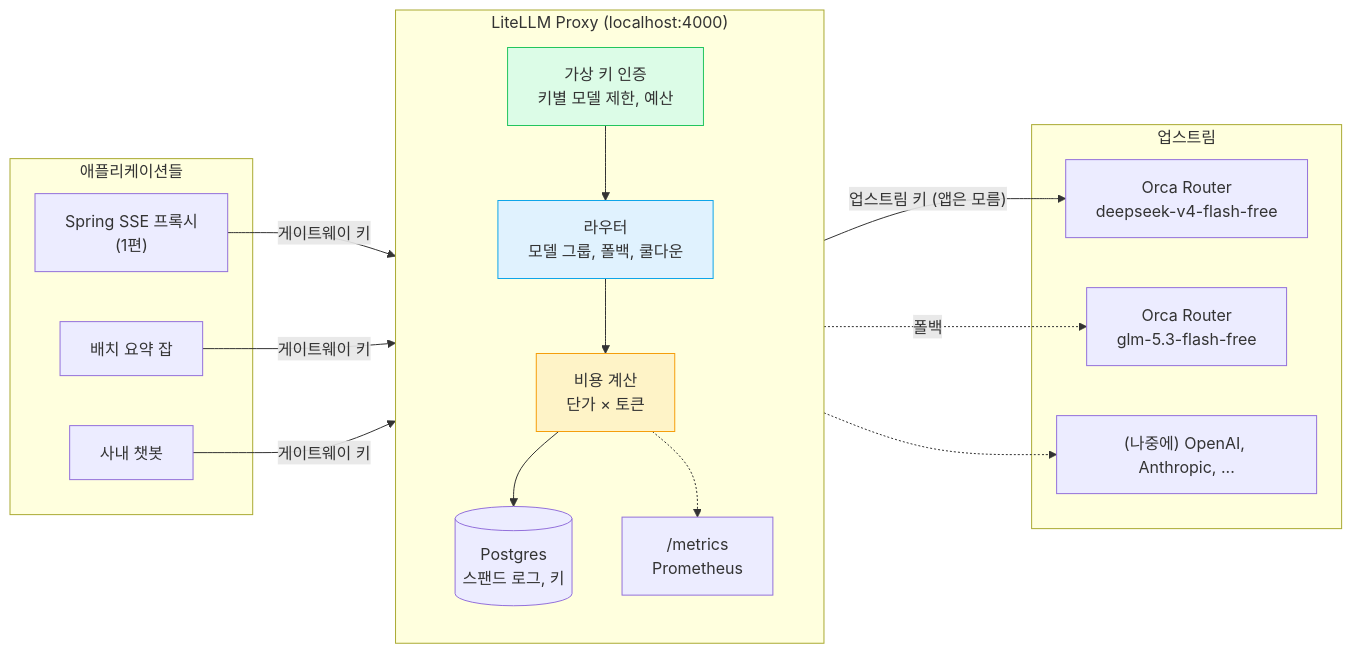
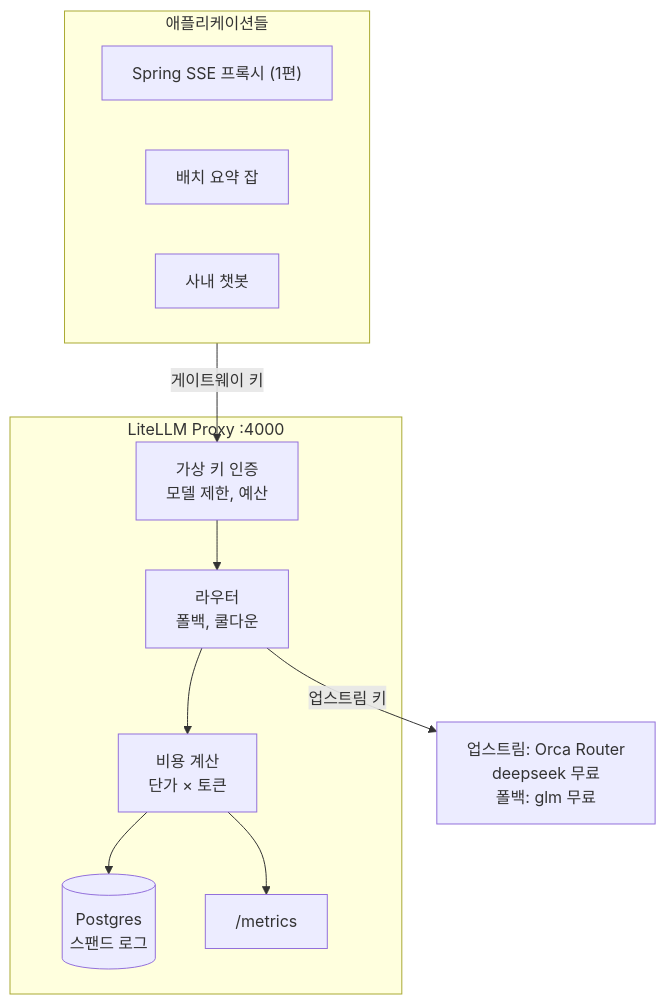
The first of 2 diagrams in _posts/2026-09-26-litellm-gateway-in-front-of-orca-router.md (rojae/rojae.github.io), drawn with Mermaid before and after one commit. The commit also changed other lines of this file and 55 other files, not shown here.

Commit message:
docs: 2026-09-25 이후 글 11편 개편 (SSE·LiteLLM·MCP·심화 문답·FluxGate·해외 본인인증·GLM·가비아 메일·설계 회고·zcode·Two Sum), 다이어그램·표·mermaid 모바일 가독성 공통 개선

````diff
--- a/_posts/2026-09-26-litellm-gateway-in-front-of-orca-router.md
+++ b/_posts/2026-09-26-litellm-gateway-in-front-of-orca-router.md
@@ -54,34 +51,23 @@
 ```mermaid
-flowchart LR
+flowchart TB
     subgraph APPS["애플리케이션들"]
-        A1["Spring SSE 프록시<br/>(1편)"]
+        A1["Spring SSE 프록시 (1편)"]
         A2["배치 요약 잡"]
         A3["사내 챗봇"]
     end
 
-    subgraph GW["LiteLLM Proxy (localhost:4000)"]
-        direction TB
-        K["가상 키 인증<br/>키별 모델 제한, 예산"]
-        R["라우터<br/>모델 그룹, 폴백, 쿨다운"]
+    subgraph GW["LiteLLM Proxy :4000"]
+        K["가상 키 인증<br/>모델 제한, 예산"]
+        R["라우터<br/>폴백, 쿨다운"]
         C["비용 계산<br/>단가 × 토큰"]
-        DB[("Postgres<br/>스팬드 로그, 키")]
-        M["/metrics<br/>Prometheus"]
+        DB[("Postgres<br/>스팬드 로그")]
+        M["/metrics"]
         K --> R --> C --> DB
-        C -.-> M
+        C --> M
     end
 
-    subgraph UP["업스트림"]
-        O1["Orca Router<br/>deepseek-v4-flash-free"]
-        O2["Orca Router<br/>glm-5.3-flash-free"]
-        O3["(나중에) OpenAI, Anthropic, ..."]
-    end
+    O["업스트림: Orca Router<br/>deepseek 무료<br/>폴백: glm 무료"]
 
-    A1 & A2 & A3 -- "게이트웨이 키" --> K
-    R -- "업스트림 키 (앱은 모름)" --> O1
-    R -. "폴백" .-> O2
-    R -.-> O3
-
-    style K fill:#dcfce7,stroke:#22c55e
-    style R fill:#e0f2fe,stroke:#0ea5e9
-    style C fill:#fef3c7,stroke:#f59e0b
+    APPS -- "게이트웨이 키" --> K
+    R -- "업스트림 키" --> O
 ```
````
